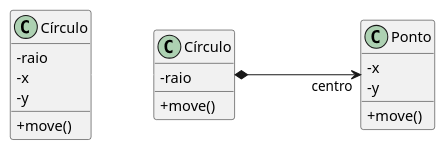
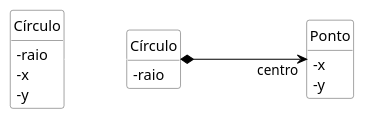
One commit to kyriosdata/oo changed the diagram in imagens/modelos-07/mod07ima03/mod07ima03.plantuml. Above: the diagram before and after it, drawn with PlantUML. The commit also changed 4 other files, not shown here.

```diff
--- a/imagens/modelos-07/mod07ima03/mod07ima03.plantuml
+++ b/imagens/modelos-07/mod07ima03/mod07ima03.plantuml
@@ -1,24 +1,33 @@
 @startuml mod07ima03
+hide circle
+hide methods
+hide empty members
+
+skinparam class {
+    BackgroundColor White
+    ArrowColor Black
+    BorderColor #505050
+}
 skinparam ClassAttributeIconSize 0
 class "Círculo" as ci1
 class ci1{
     - raio
     - x
     - y
     + move()
 }
 class "Círculo" as ci2
 class ci2{
     - raio
     + move()
     }
 class "Ponto" as po
 class po{
     - x
     - y
     + move()
 }
 left to right direction
 ci1 -[#White]- ci2
 ci2 *--->"centro" po
 @enduml
```
